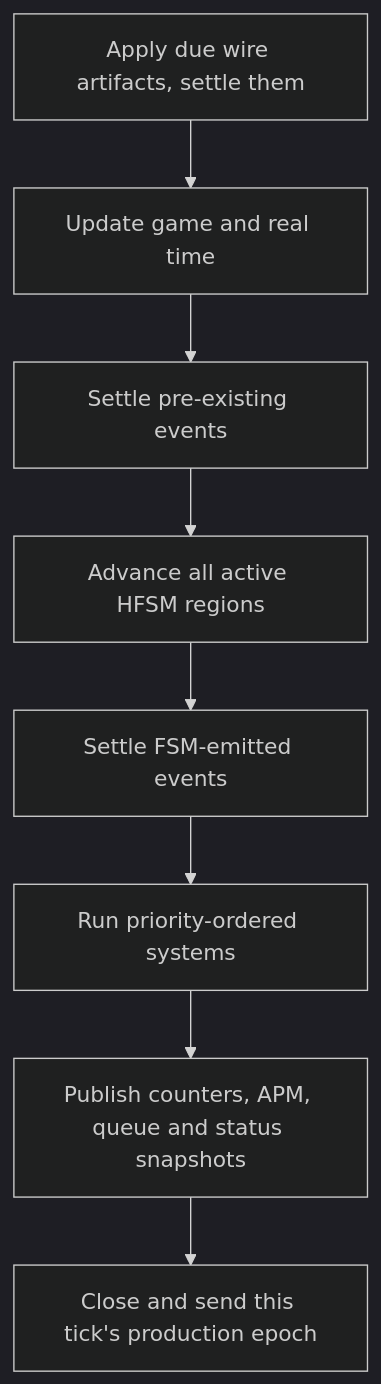
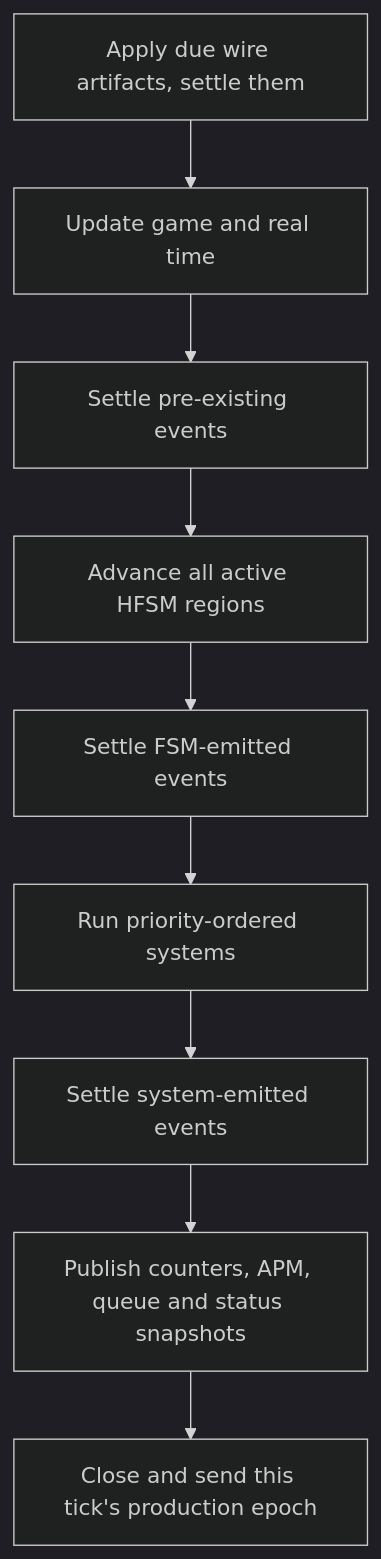
One commit to lixenwraith/vif changed the fourth of 4 diagrams in doc/runtime.md. Above: the diagram before and after it, drawn with Mermaid (dark theme). The commit also changed other lines of this file and 26 other files, not shown here.

Commit message:
Settle what a tick's systems queued before the tick closes (#684)

````diff
--- a/doc/runtime.md
+++ b/doc/runtime.md
@@ -591,10 +591,11 @@
 ```mermaid
 flowchart TD
     Wire["Apply due wire artifacts, settle them"] --> Time["Update game and real time"]
     Time --> Pre["Settle pre-existing events"]
     Pre --> FSM["Advance all active HFSM regions"]
     FSM --> Post["Settle FSM-emitted events"]
     Post --> Systems["Run priority-ordered systems"]
-    Systems --> Stats["Publish counters, APM, queue and status snapshots"]
+    Systems --> Close["Settle system-emitted events"]
+    Close --> Stats["Publish counters, APM, queue and status snapshots"]
     Stats --> Flush["Close and send this tick's production epoch"]
 ```
````
